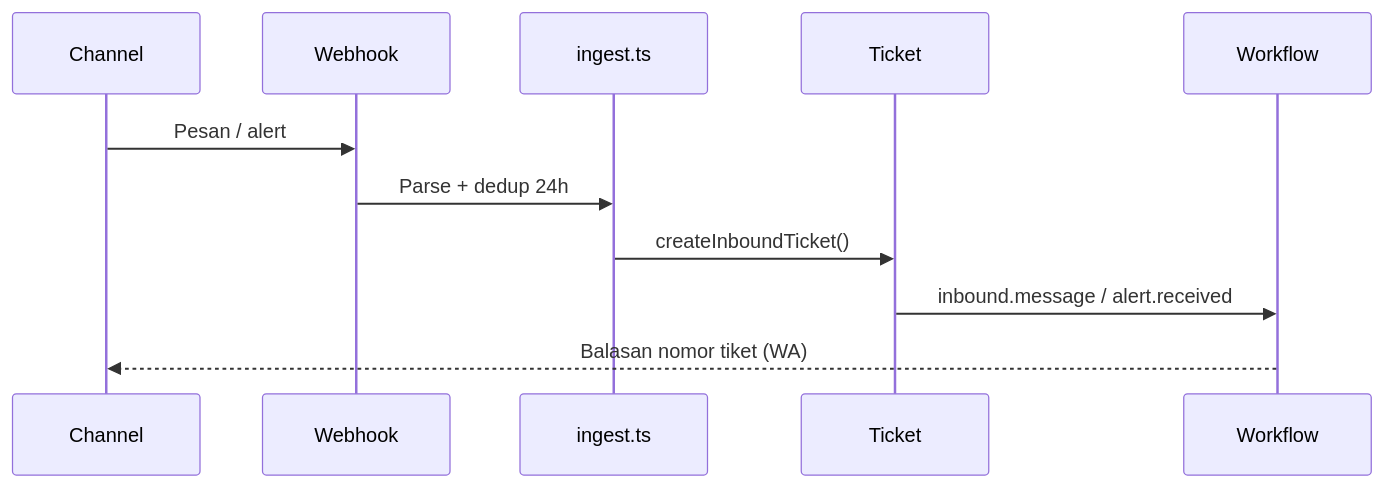
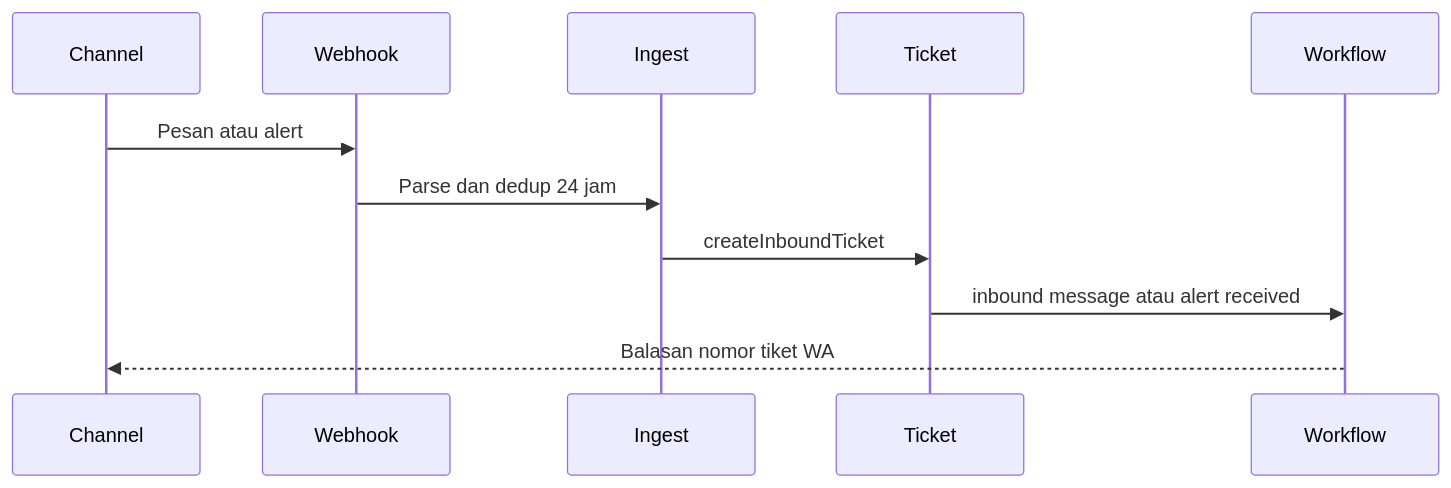
Before and after one commit to bontiharyanto/novacrm: diagram 12 of 14 in docs/TICKETING-JOURNEY.md, drawn with Mermaid. The commit also changed other lines of this file, not shown here.

First line of the commit message:
Fix Mermaid diagram syntax in ticketing journey doc for GitHub rendering.

````diff
--- a/docs/TICKETING-JOURNEY.md
+++ b/docs/TICKETING-JOURNEY.md
@@ -439,14 +439,14 @@
 ```mermaid
 sequenceDiagram
   participant Ch as Channel
   participant WH as Webhook
-  participant Ing as ingest.ts
+  participant Ing as Ingest
   participant T as Ticket
   participant WF as Workflow
 
-  Ch->>WH: Pesan / alert
-  WH->>Ing: Parse + dedup 24h
-  Ing->>T: createInboundTicket()
-  T->>WF: inbound.message / alert.received
-  WF-->>Ch: Balasan nomor tiket (WA)
+  Ch->>WH: Pesan atau alert
+  WH->>Ing: Parse dan dedup 24 jam
+  Ing->>T: createInboundTicket
+  T->>WF: inbound message atau alert received
+  WF-->>Ch: Balasan nomor tiket WA
 ```
````
